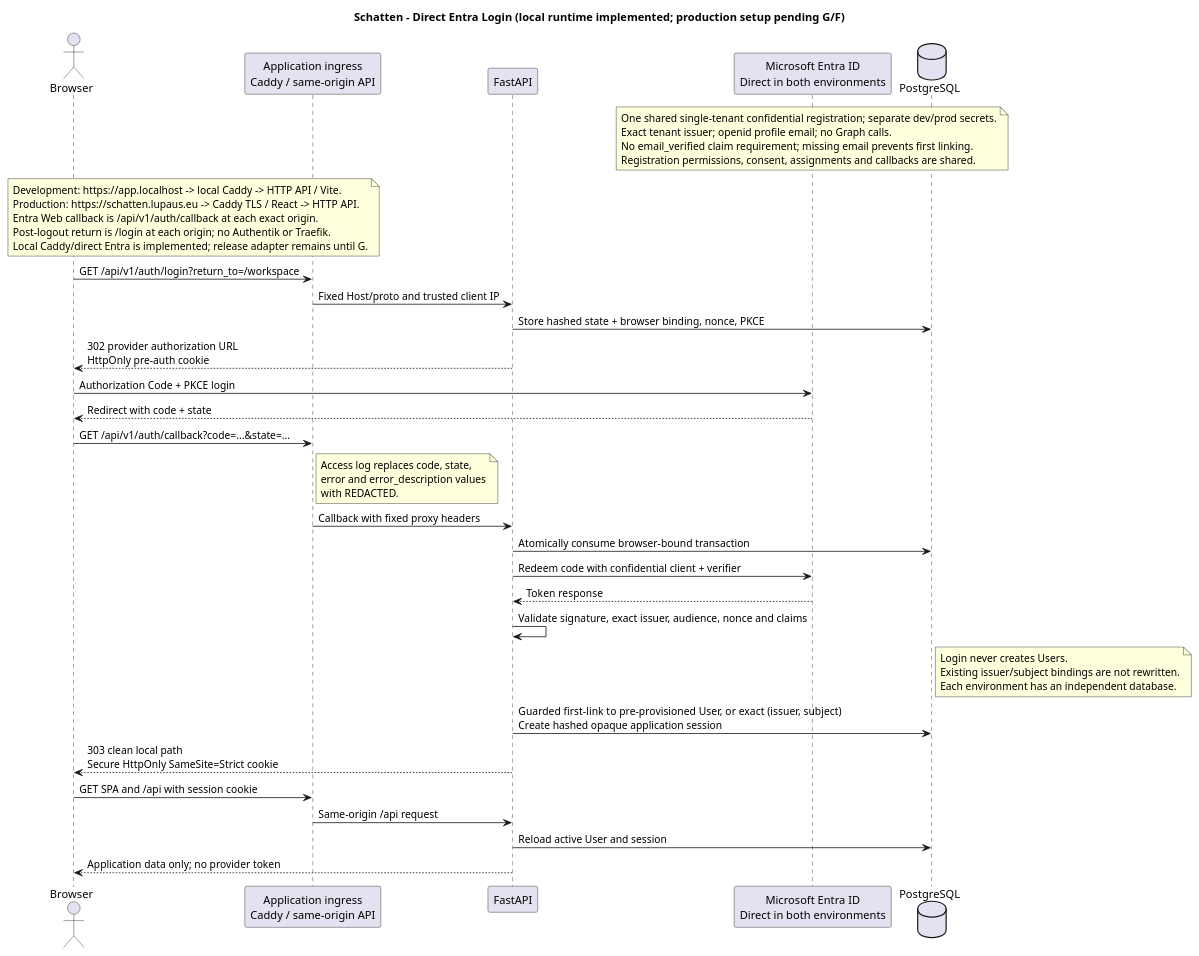
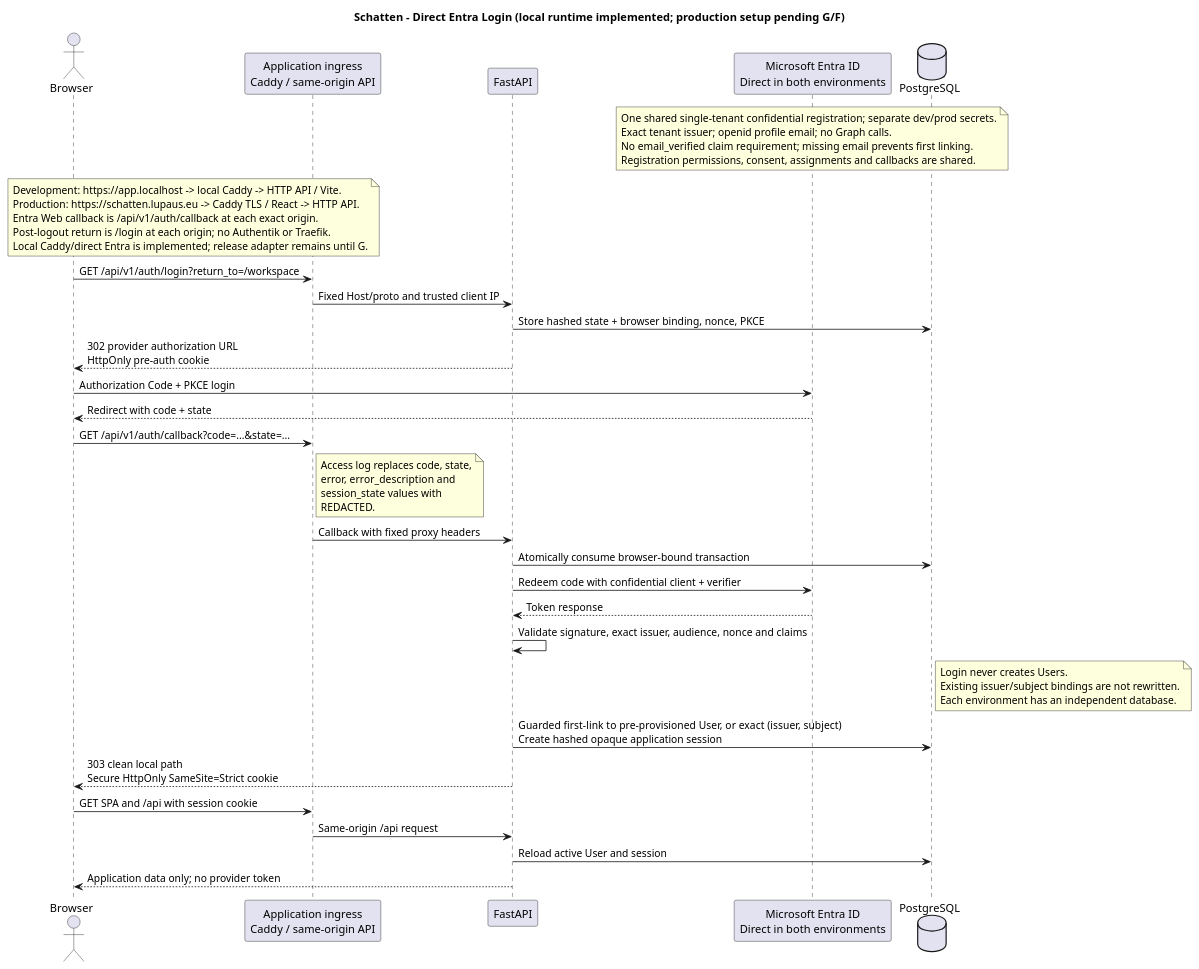
The diagram in docs/diagrams/sequence-oidc-login.puml (lupaus-eu/shadow), drawn with PlantUML before and after one commit. The commit also changed 15 other files, not shown here.

```diff
--- a/docs/diagrams/sequence-oidc-login.puml
+++ b/docs/diagrams/sequence-oidc-login.puml
@@ -1,54 +1,55 @@
 @startuml
 title Schatten - Direct Entra Login (local runtime implemented; production setup pending G/F)
 
 actor Browser
 participant "Application ingress\nCaddy / same-origin API" as Caddy
 participant "FastAPI" as API
 participant "Microsoft Entra ID\nDirect in both environments" as Provider
 database PostgreSQL as DB
 
 note over Provider
   One shared single-tenant confidential registration; separate dev/prod secrets.
   Exact tenant issuer; openid profile email; no Graph calls.
   No email_verified claim requirement; missing email prevents first linking.
   Registration permissions, consent, assignments and callbacks are shared.
 end note
 
 note over Browser, Caddy
   Development: https://app.localhost -> local Caddy -> HTTP API / Vite.
   Production: https://schatten.lupaus.eu -> Caddy TLS / React -> HTTP API.
   Entra Web callback is /api/v1/auth/callback at each exact origin.
   Post-logout return is /login at each origin; no Authentik or Traefik.
   Local Caddy/direct Entra is implemented; release adapter remains until G.
 end note
 
 Browser -> Caddy : GET /api/v1/auth/login?return_to=/workspace
 Caddy -> API : Fixed Host/proto and trusted client IP
 API -> DB : Store hashed state + browser binding, nonce, PKCE
 API --> Browser : 302 provider authorization URL\nHttpOnly pre-auth cookie
 Browser -> Provider : Authorization Code + PKCE login
 Provider --> Browser : Redirect with code + state
 Browser -> Caddy : GET /api/v1/auth/callback?code=...&state=...
 note right of Caddy
   Access log replaces code, state,
-  error and error_description values
-  with REDACTED.
+  error, error_description and
+  session_state values with
+  REDACTED.
 end note
 Caddy -> API : Callback with fixed proxy headers
 API -> DB : Atomically consume browser-bound transaction
 API -> Provider : Redeem code with confidential client + verifier
 Provider --> API : Token response
 API -> API : Validate signature, exact issuer, audience, nonce and claims
 note right of DB
   Login never creates Users.
   Existing issuer/subject bindings are not rewritten.
   Each environment has an independent database.
 end note
 API -> DB : Guarded first-link to pre-provisioned User, or exact (issuer, subject)\nCreate hashed opaque application session
 API --> Browser : 303 clean local path\nSecure HttpOnly SameSite=Strict cookie
 Browser -> Caddy : GET SPA and /api with session cookie
 Caddy -> API : Same-origin /api request
 API -> DB : Reload active User and session
 API --> Browser : Application data only; no provider token
 
 @enduml
```
